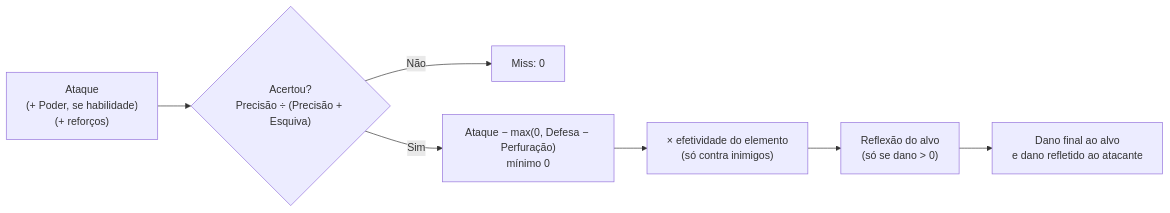
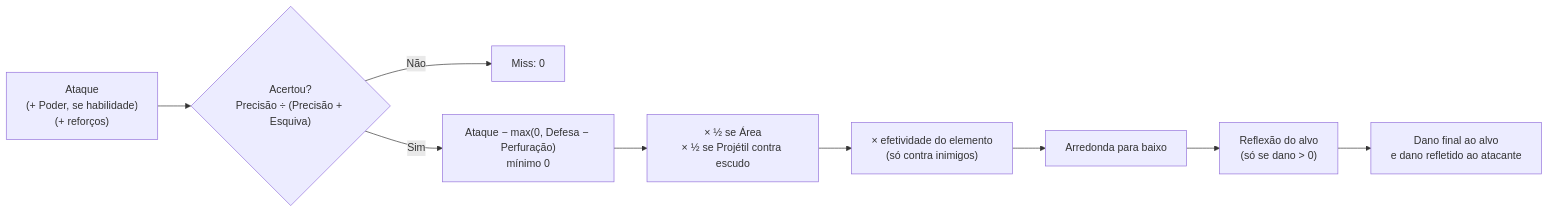
Before and after one commit to frnndog-suav/Misadventure_Frontend_V3: diagram 14 of 17 in docs/README.md, drawn with Mermaid. The commit also changed other lines of this file, not shown here.

````diff
--- a/docs/README.md
+++ b/docs/README.md
@@ -1658,9 +1683,11 @@
 ```mermaid
 flowchart LR
     A["Ataque<br/>(+ Poder, se habilidade)<br/>(+ reforços)"] --> H{"Acertou?<br/>Precisão ÷ (Precisão + Esquiva)"}
     H -->|Não| M[Miss: 0]
     H -->|Sim| D["Ataque − max(0, Defesa − Perfuração)<br/>mínimo 0"]
-    D --> EL["× efetividade do elemento<br/>(só contra inimigos)"]
-    EL --> R["Reflexão do alvo<br/>(só se dano > 0)"]
+    D --> HF["× ½ se Área<br/>× ½ se Projétil contra escudo"]
+    HF --> EL["× efetividade do elemento<br/>(só contra inimigos)"]
+    EL --> RD[Arredonda para baixo]
+    RD --> R["Reflexão do alvo<br/>(só se dano > 0)"]
     R --> F[Dano final ao alvo<br/>e dano refletido ao atacante]
 ```
````
